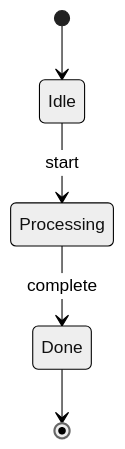
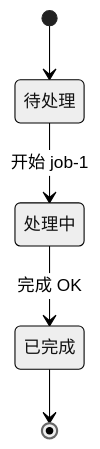
Before and after one commit to Binlogo/meraid: the fourth of 6 diagrams in README-zh.md, drawn with Mermaid (neutral theme). The commit also changed other lines of this file and 9 other files, not shown here.

`````diff
--- a/README-zh.md
+++ b/README-zh.md
@@ -221,7 +177,7 @@
 ````mermaid
 stateDiagram-v2
-    [*] --> Idle
-    Idle --> Processing: start
-    Processing --> Done: complete
-    Done --> [*]
+    [*] --> 待处理
+    待处理 --> 处理中: 开始 job-1
+    处理中 --> 已完成: 完成 OK
+    已完成 --> [*]
 ````
`````
